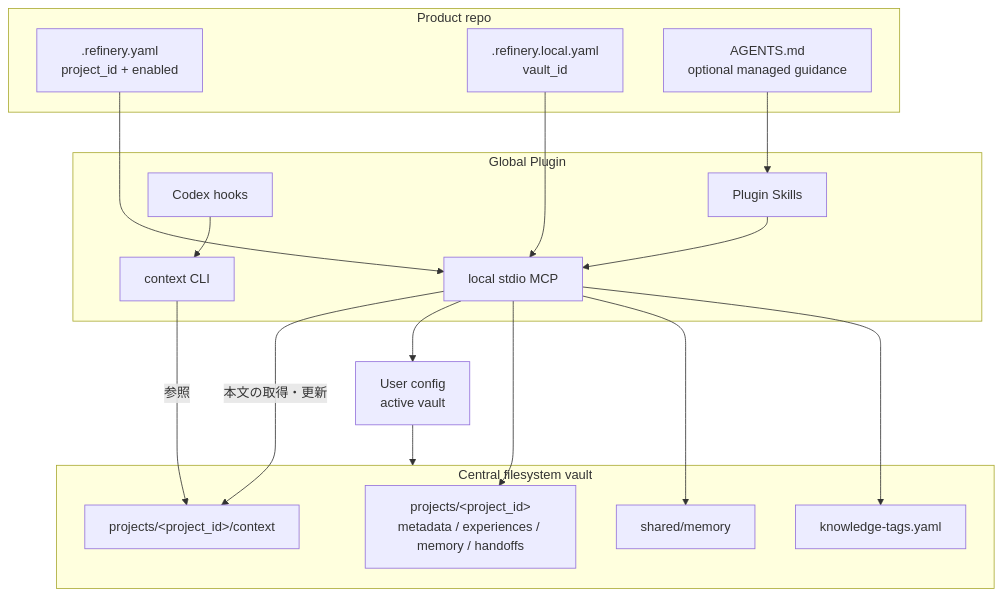
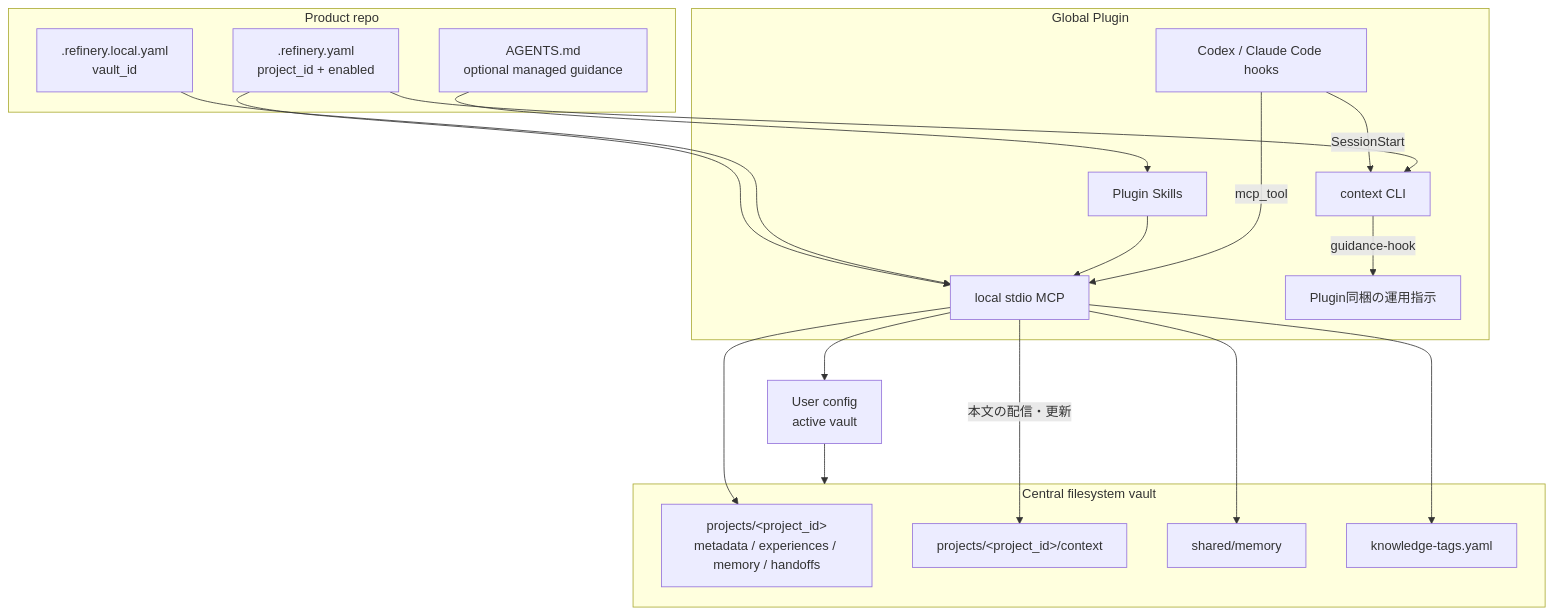
Before and after one commit to skanehira1126/knowledge-refinery: the diagram in docs/architecture.md, drawn with Mermaid. The commit also changed other lines of this file and 67 other files, not shown here.

````diff
--- a/docs/architecture.md
+++ b/docs/architecture.md
@@ -6,37 +6,40 @@
 ```mermaid
 flowchart TB
     subgraph Repo["Product repo"]
         RC[".refinery.yaml<br/>project_id + enabled"]
         RL[".refinery.local.yaml<br/>vault_id"]
         AG["AGENTS.md<br/>optional managed guidance"]
     end
 
     subgraph Plugin["Global Plugin"]
         SK["Plugin Skills"]
         MCP["local stdio MCP"]
-        HK["Codex hooks"]
+        HK["Codex / Claude Code hooks"]
         CLI["context CLI"]
+        G["Plugin同梱の運用指示"]
     end
 
     CFG["User config<br/>active vault"]
 
     subgraph Vault["Central filesystem vault"]
         PM["projects/&lt;project_id&gt;<br/>metadata / experiences / memory / handoffs"]
         CT["projects/&lt;project_id&gt;/context"]
         SM["shared/memory"]
         KT["knowledge-tags.yaml"]
     end
 
     AG --> SK
     RC --> MCP
     RL --> MCP
     SK --> MCP
-    HK --> CLI
-    CLI -->|参照| CT
-    MCP -->|本文の取得・更新| CT
+    HK -->|SessionStart| CLI
+    RC --> CLI
+    CLI -->|guidance-hook| G
+    HK -->|mcp_tool| MCP
+    MCP -->|本文の配信・更新| CT
     MCP --> CFG
     CFG --> Vault
     MCP --> PM
     MCP --> SM
     MCP --> KT
 ```
````
